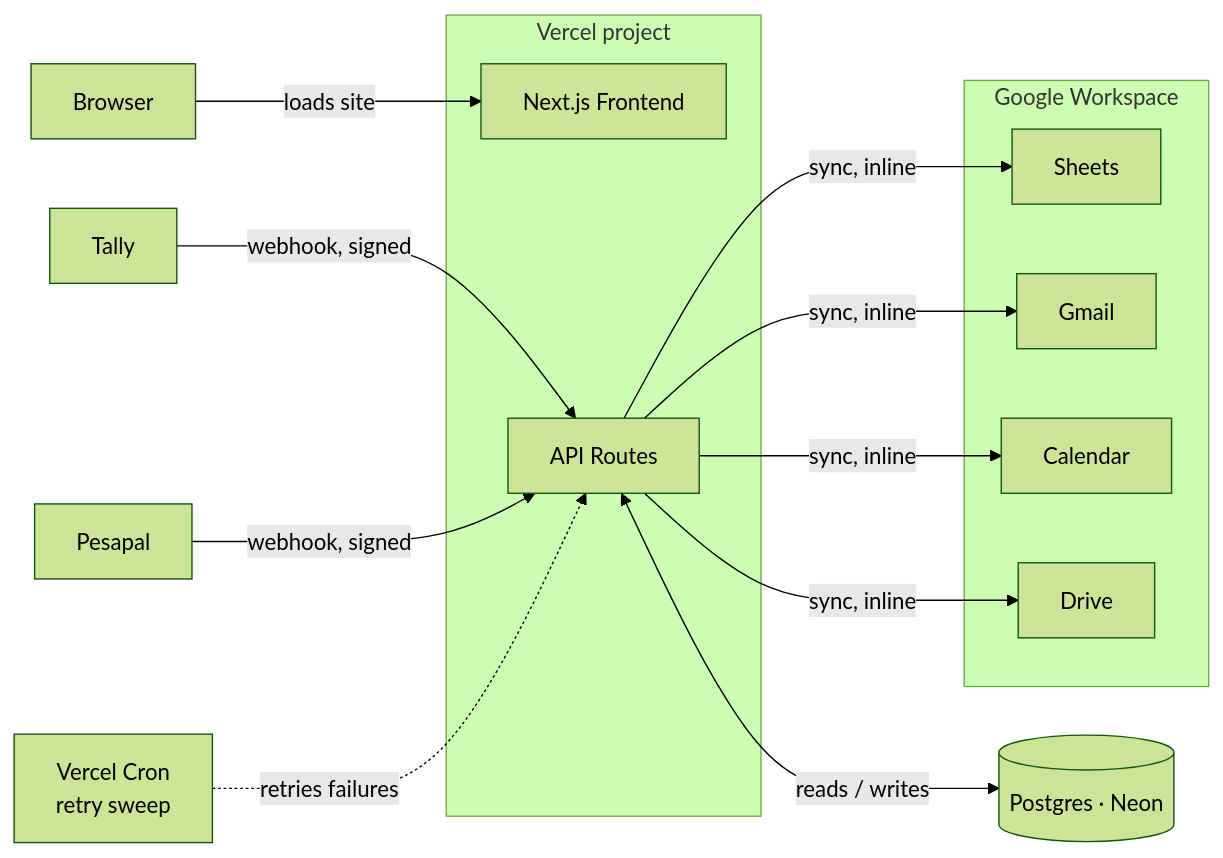
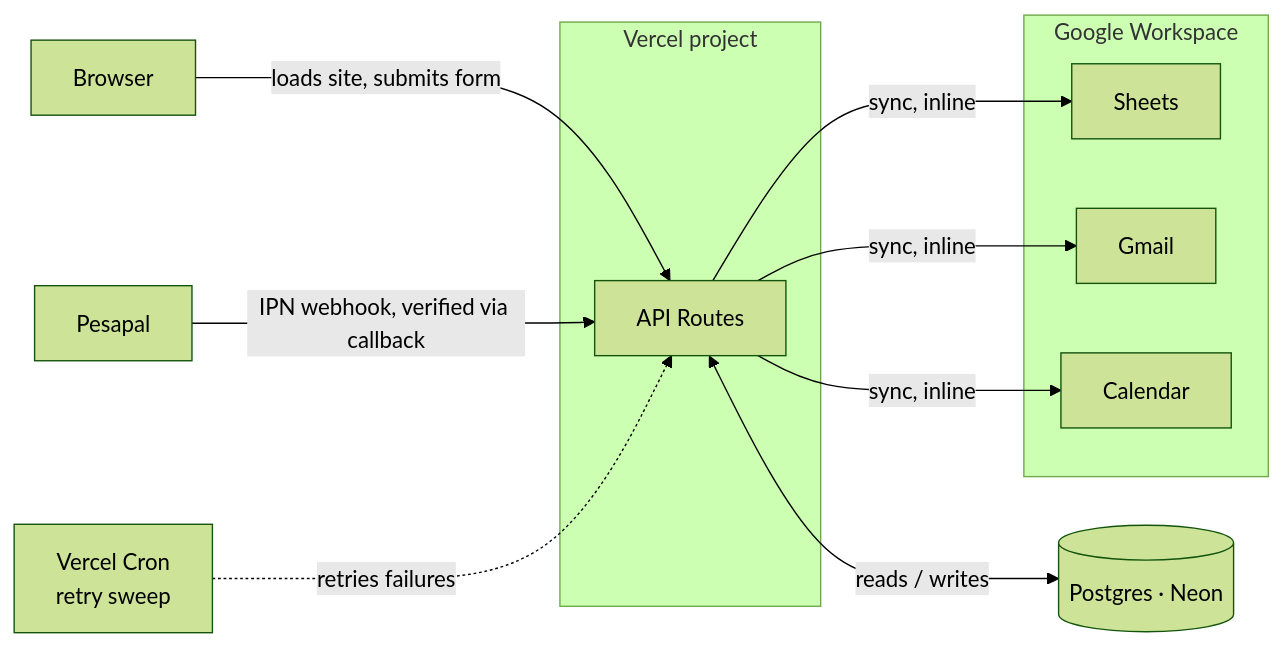
The first of 2 diagrams in SYSTEM_DESIGN.md (ceezdigital/ai.native), drawn with Mermaid (forest theme) before and after one commit. The commit also changed other lines of this file and 37 other files, not shown here.

````diff
--- a/SYSTEM_DESIGN.md
+++ b/SYSTEM_DESIGN.md
@@ -14,24 +20,20 @@
 ```mermaid
 flowchart LR
-    Browser -->|loads site| FE[Next.js Frontend]
-    Tally -->|webhook, signed| API[API Routes]
-    Pesapal -->|webhook, signed| API
+    Browser -->|loads site, submits form| API[API Routes]
+    Pesapal -->|IPN webhook, verified via callback| API
     API <-->|reads / writes| DB[(Postgres · Neon)]
     API -->|sync, inline| Sheets
     API -->|sync, inline| Gmail
     API -->|sync, inline| Calendar
-    API -->|sync, inline| Drive
     Cron[Vercel Cron<br/>retry sweep] -.->|retries failures| API
 
     subgraph Vercel project
-        FE
         API
     end
 
     subgraph Google Workspace
         Sheets
         Gmail
         Calendar
-        Drive
     end
 ```
````
